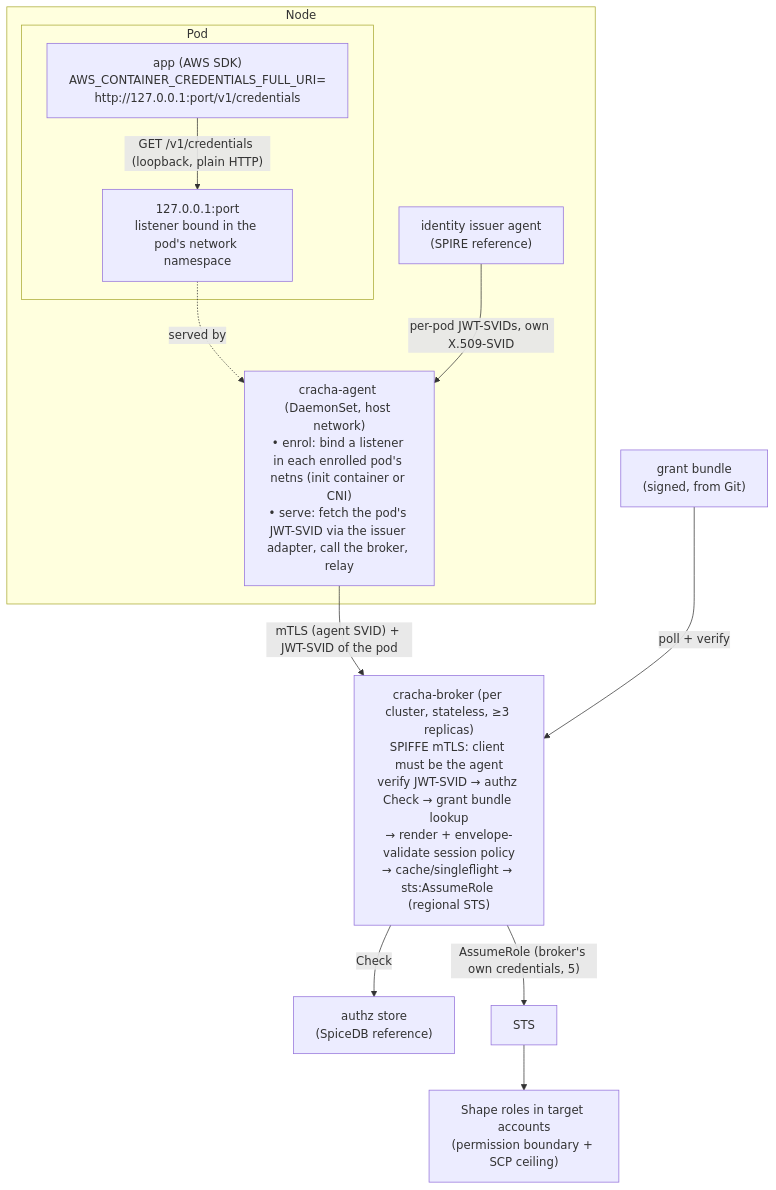
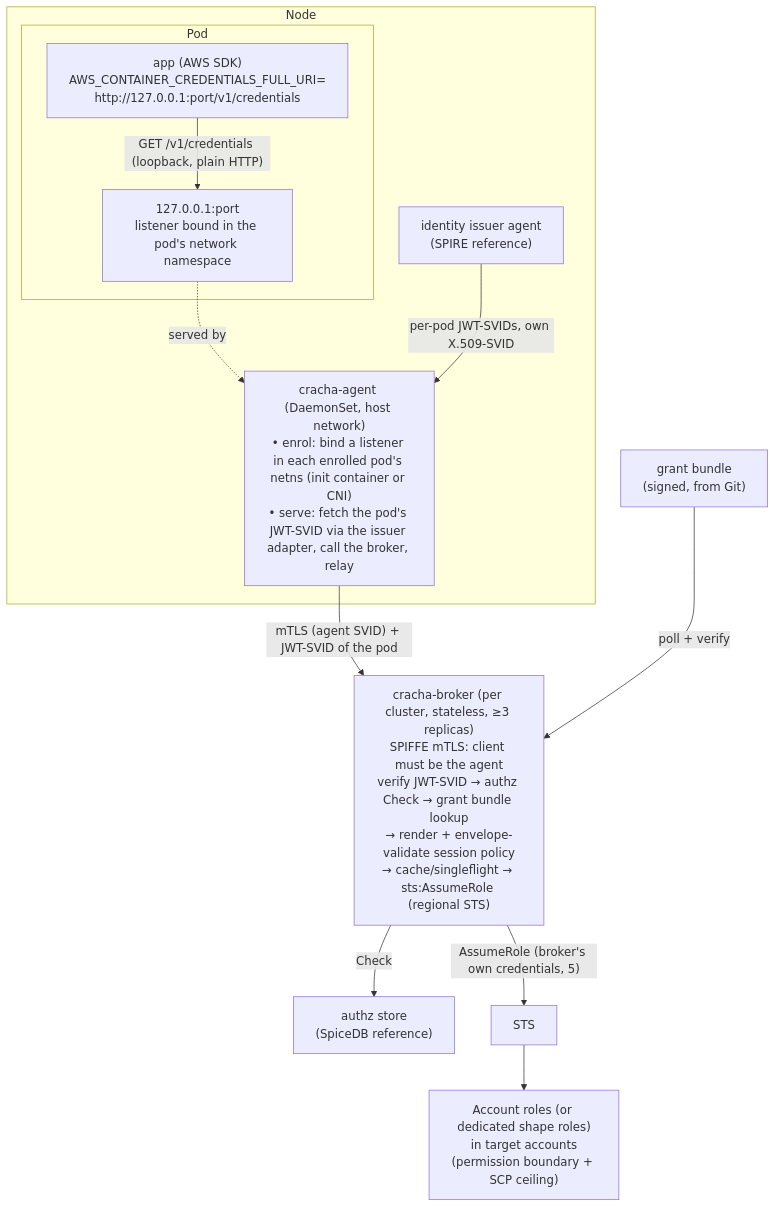
Before and after one commit to bpalermo/cracha: the first of 2 diagrams in docs/design.md, drawn with Mermaid. The commit also changed other lines of this file and 51 other files, not shown here.

First line of the commit message:
Account roles and implicit grants: relations instead of per-workload grants (#55)

````diff
--- a/docs/design.md
+++ b/docs/design.md
@@ -41,24 +41,24 @@
 ```mermaid
 flowchart TB
     subgraph k8snode["Node"]
         subgraph pod["Pod"]
             app["app (AWS SDK)<br/>AWS_CONTAINER_CREDENTIALS_FULL_URI=<br/>http://127.0.0.1:port/v1/credentials"]
             lo["127.0.0.1:port<br/>listener bound in the pod's network namespace"]
             app -->|"GET /v1/credentials (loopback, plain HTTP)"| lo
         end
         agent["cracha-agent (DaemonSet, host network)<br/>• enrol: bind a listener in each enrolled pod's netns (init container or CNI)<br/>• serve: fetch the pod's JWT-SVID via the issuer adapter, call the broker, relay"]
         issuer["identity issuer agent<br/>(SPIRE reference)"]
         lo -.->|"served by"| agent
         issuer -->|"per-pod JWT-SVIDs, own X.509-SVID"| agent
     end
     broker["cracha-broker (per cluster, stateless, ≥3 replicas)<br/>SPIFFE mTLS: client must be the agent<br/>verify JWT-SVID → authz Check → grant bundle lookup<br/>→ render + envelope-validate session policy<br/>→ cache/singleflight → sts:AssumeRole (regional STS)"]
     authz["authz store<br/>(SpiceDB reference)"]
     bundle["grant bundle<br/>(signed, from Git)"]
     sts["STS"]
-    shapes["Shape roles in target accounts<br/>(permission boundary + SCP ceiling)"]
+    shapes["Account roles (or dedicated shape roles)<br/>in target accounts<br/>(permission boundary + SCP ceiling)"]
     agent -->|"mTLS (agent SVID) + JWT-SVID of the pod"| broker
     broker -->|Check| authz
     bundle -->|poll + verify| broker
     broker -->|"AssumeRole (broker's own credentials, 5)"| sts
     sts --> shapes
 ```
````
